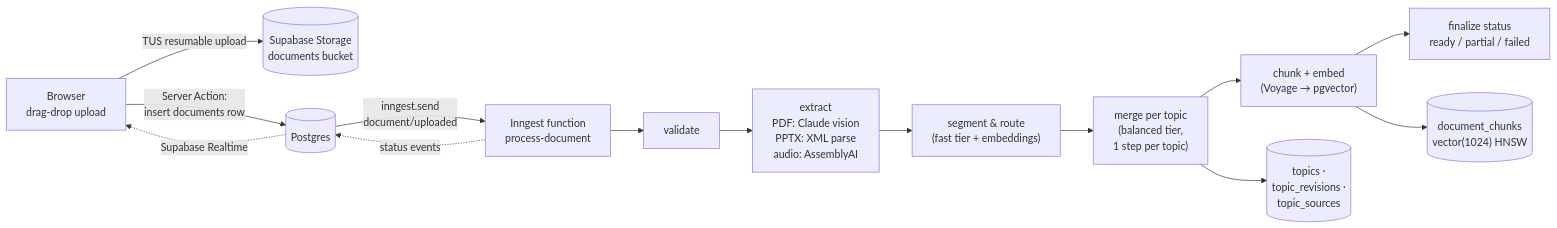
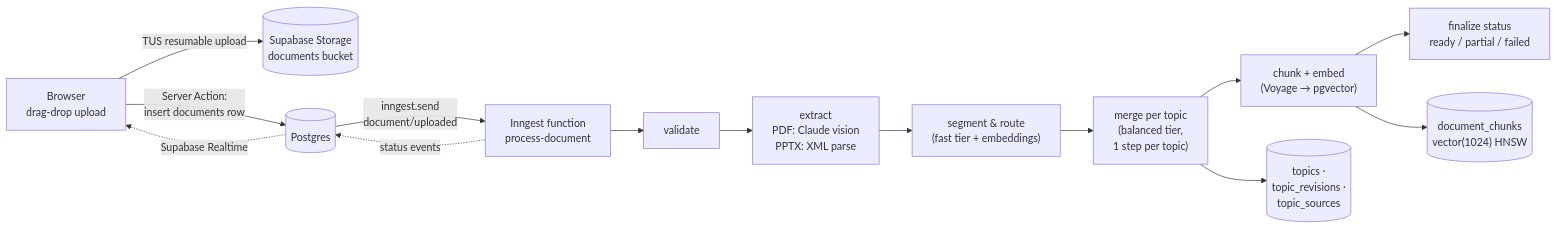
Before and after one commit to alexanderkrink/personal.dashboard: the second of 4 diagrams in PLAN.md, drawn with Mermaid. The commit also changed other lines of this file, not shown here.

First line of the commit message:
docs: remove audio ingestion from the plan

````diff
--- a/PLAN.md
+++ b/PLAN.md
@@ -112,15 +110,15 @@
 ```mermaid
 flowchart LR
     U["Browser<br/>drag-drop upload"] -->|"TUS resumable upload"| ST[("Supabase Storage<br/>documents bucket")]
     U -->|"Server Action:<br/>insert documents row"| DB[("Postgres")]
     DB -->|"inngest.send<br/>document/uploaded"| ING["Inngest function<br/>process-document"]
-    ING --> V["validate"] --> EX["extract<br/>PDF: Claude vision<br/>PPTX: XML parse<br/>audio: AssemblyAI"]
+    ING --> V["validate"] --> EX["extract<br/>PDF: Claude vision<br/>PPTX: XML parse"]
     EX --> RT["segment & route<br/>(fast tier + embeddings)"]
     RT --> MG["merge per topic<br/>(balanced tier,<br/>1 step per topic)"]
     MG --> EM["chunk + embed<br/>(Voyage → pgvector)"]
     EM --> FN["finalize status<br/>ready / partial / failed"]
     ING -.->|"status events"| DB
     DB -.->|"Supabase Realtime"| U
     MG --> TP[("topics ·<br/>topic_revisions ·<br/>topic_sources")]
     EM --> CH[("document_chunks<br/>vector(1024) HNSW")]
 ```
````
